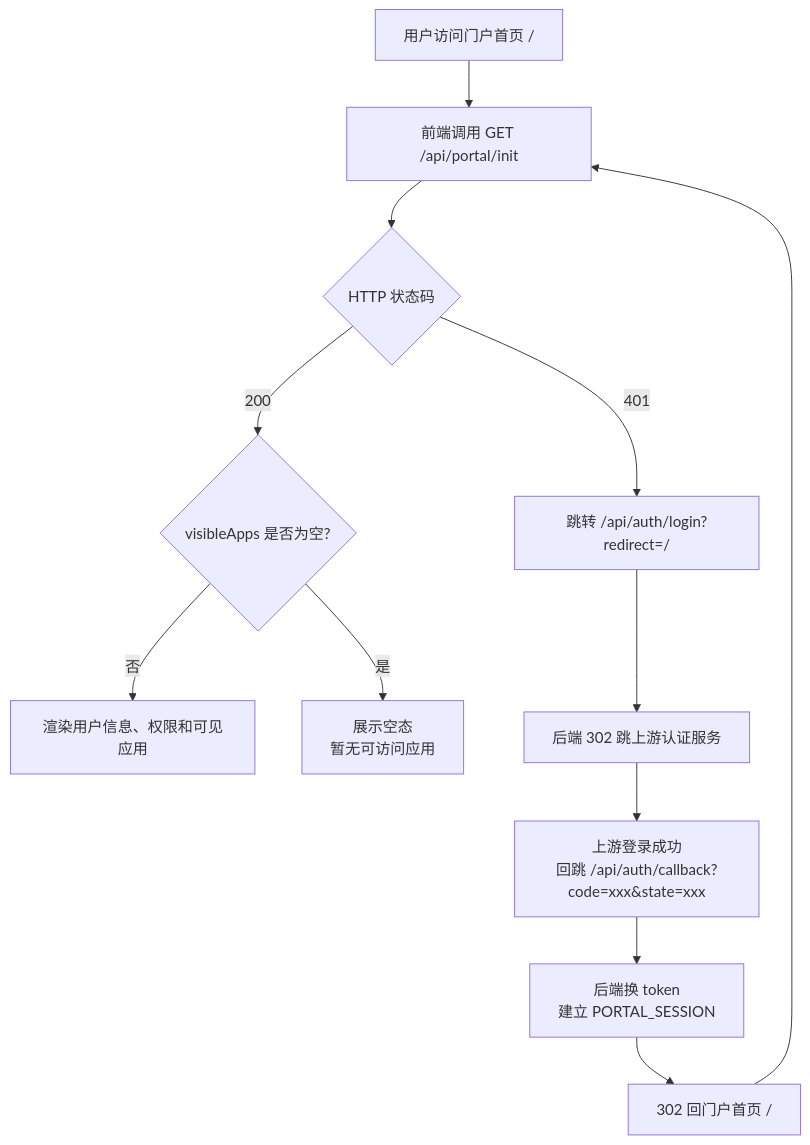
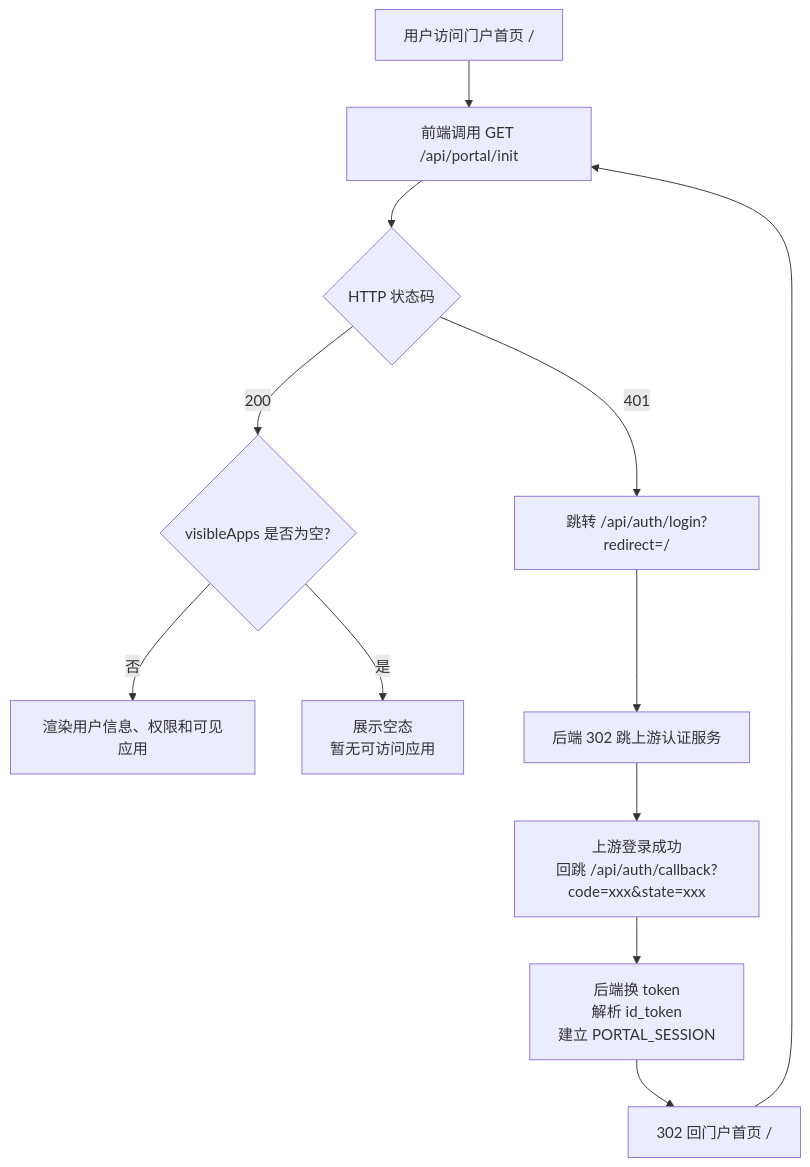
One commit to chanhoozhang-alt/portal-v2 changed the first of 2 diagrams in docs/前端对接文档.md. Above: the diagram before and after it, drawn with Mermaid. The commit also changed other lines of this file and 23 other files, not shown here.

````diff
--- a/docs/前端对接文档.md
+++ b/docs/前端对接文档.md
@@ -59,14 +59,14 @@
 ```mermaid
 flowchart TD
     A["用户访问门户首页 /"] --> B["前端调用 GET /api/portal/init"]
     B --> C{"HTTP 状态码"}
     C -->|"200"| D{"visibleApps 是否为空?"}
     D -->|"否"| F["渲染用户信息、权限和可见应用"]
     D -->|"是"| K["展示空态<br/>暂无可访问应用"]
     C -->|"401"| E["跳转 /api/auth/login?redirect=/"]
     E --> G["后端 302 跳上游认证服务"]
     G --> H["上游登录成功<br/>回跳 /api/auth/callback?code=xxx&state=xxx"]
-    H --> I["后端换 token<br/>建立 PORTAL_SESSION"]
+    H --> I["后端换 token<br/>解析 id_token<br/>建立 PORTAL_SESSION"]
     I --> J["302 回门户首页 /"]
     J --> B
 ```
````
